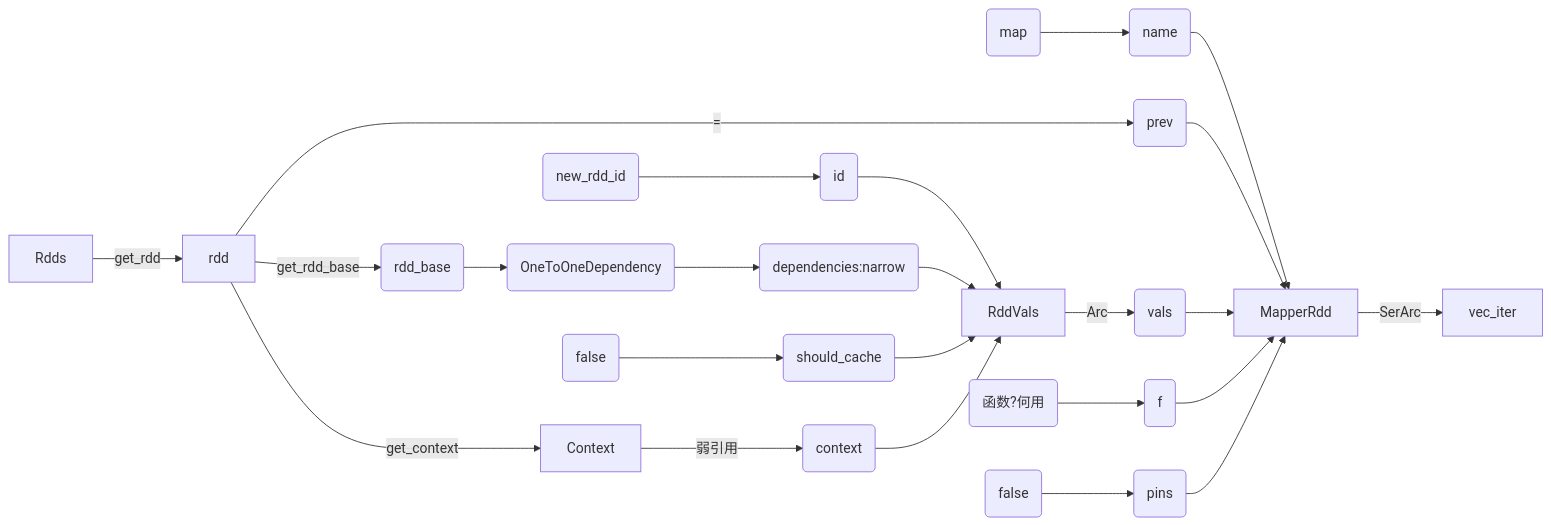
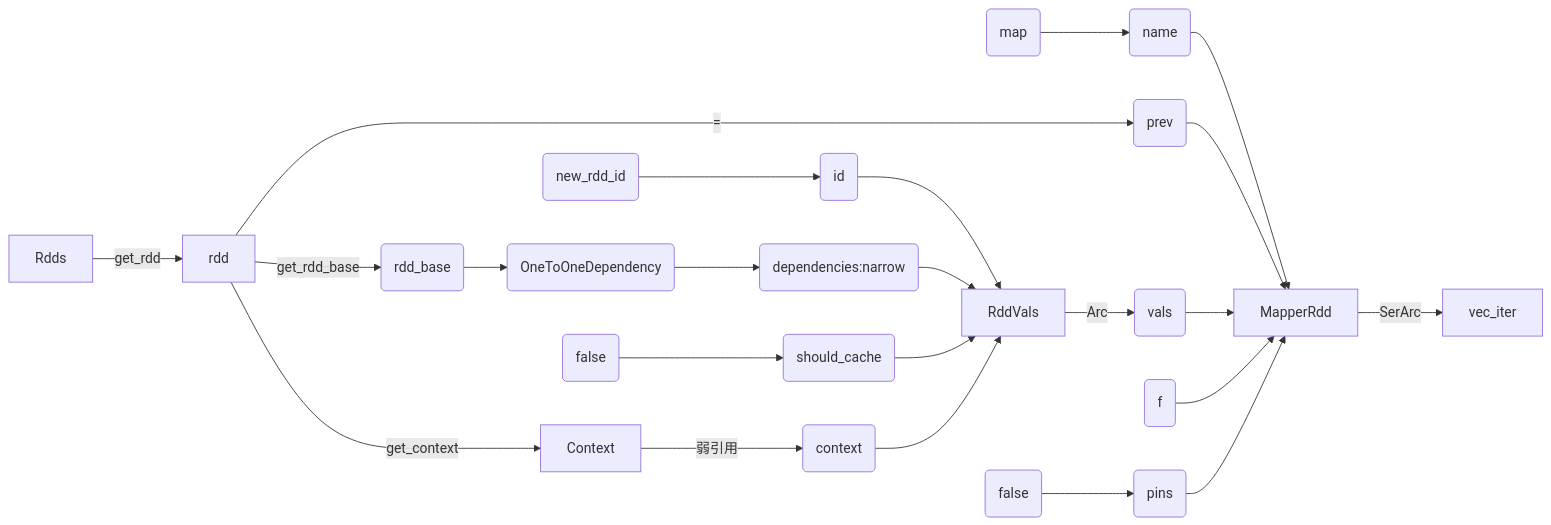
Before and after one commit to OSH-2023/This-Lynx: the third of 5 diagrams in docs/final_report/final_report.md, drawn with Mermaid. The commit also changed 1 other file, not shown here.

Commit message:
modify mermaid

````diff
--- a/docs/final_report/final_report.md
+++ b/docs/final_report/final_report.md
@@ -229,55 +229,53 @@
 ```mermaid
 graph LR
 rdd[Rdds]
 vec[vec_iter]
 
 A[MapperRdd]
 A-->|SerArc|vec
 
 A1(name)
 A2(prev)
 A3(vals)
 A4(f)
 A5(pins)
 A1-->A
 A2-->A
 A3-->A
 A4-->A
 A5-->A
 
 AA1("map")
 AA1-->A1
-AA4(函数?何用)
-AA4-->A4
 AA5(false)
 AA5-->A5
 
 B[RddVals]
 B-->|Arc|A3
 B1(id)
 B2(dependencies:narrow)
 B3(should_cache)
 B4(context)
 
 BBB[rdd]
 rdd-->|get_rdd|BBB
 BBB-->|=|A2
 BBB-->|get_context|BB
 BB[Context]
 BB-->|弱引用|B4
 B1-->B
 B2-->B
 B3-->B
 B4-->B
 
 BB3(false)
 BB3-->B3
 BB1(new_rdd_id)
 BB1-->B1
 
 C(OneToOneDependency)
 CC(rdd_base)
 CC-->C
 C-->B2
 BBB-->|get_rdd_base|CC
 ```
````
